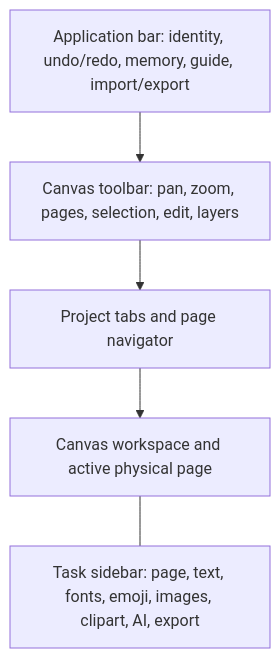
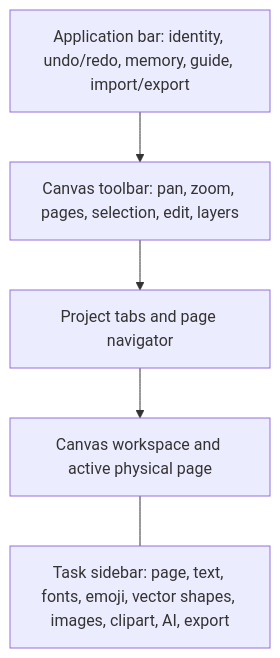
One commit to n3me5is-git/chicCanva changed the diagram in docs/UI_UX_ARCHITECTURE.md. Above: the diagram before and after it, drawn with Mermaid. The commit also changed other lines of this file and 34 other files, not shown here.

````diff
--- a/docs/UI_UX_ARCHITECTURE.md
+++ b/docs/UI_UX_ARCHITECTURE.md
@@ -19,12 +19,12 @@
 ```mermaid
 flowchart TB
     TOP[Application bar: identity, undo/redo, memory, guide, import/export]
     TOOL[Canvas toolbar: pan, zoom, pages, selection, edit, layers]
     TABS[Project tabs and page navigator]
     WORK[Canvas workspace and active physical page]
-    SIDE[Task sidebar: page, text, fonts, emoji, images, clipart, AI, export]
+    SIDE[Task sidebar: page, text, fonts, emoji, vector shapes, images, clipart, AI, export]
     TOP --> TOOL
     TOOL --> TABS
     TABS --> WORK
     WORK --- SIDE
 ```
````
